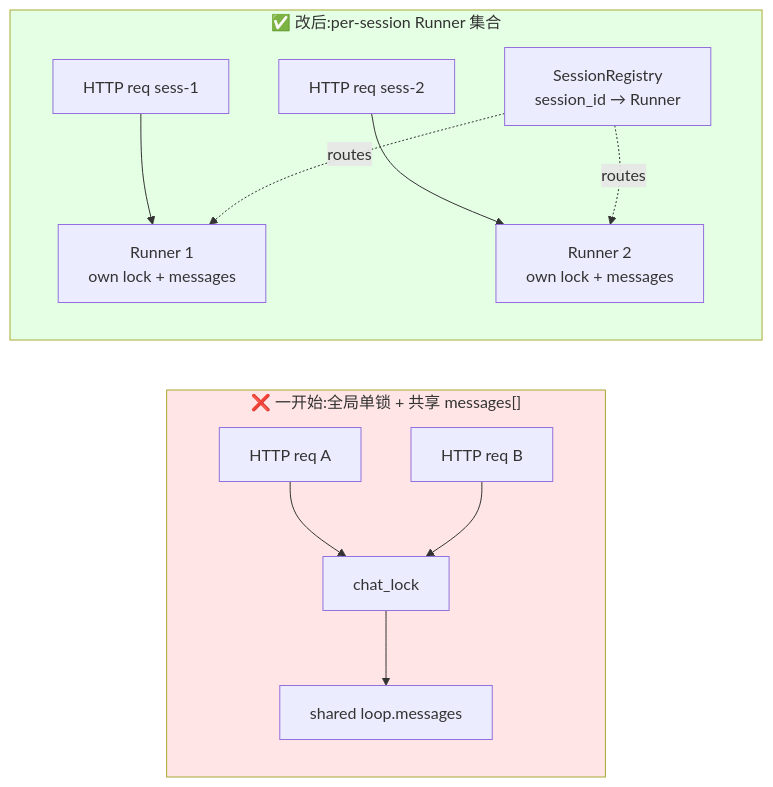
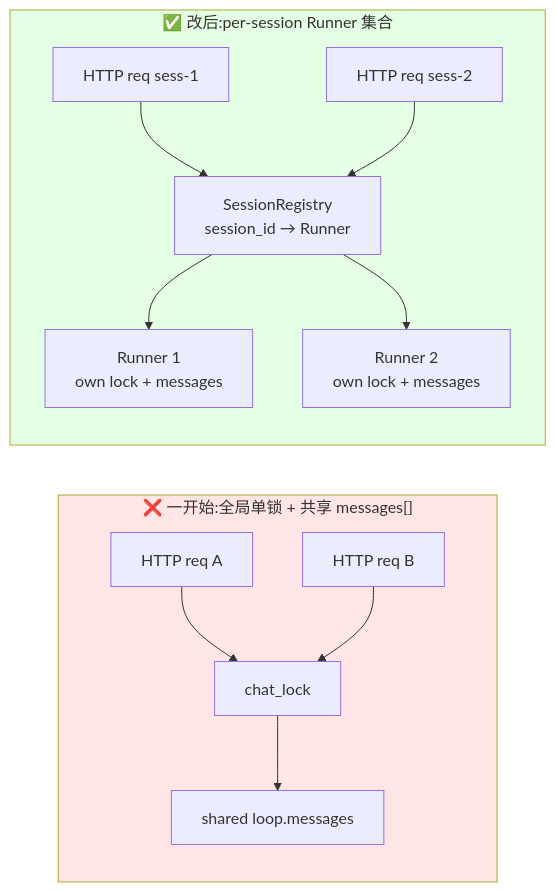
One commit to cuiliang-ai/cuiliang.ai changed the first of 3 diagrams in content/posts/acagent-cli-to-service-three-walls/index.md. Above: the diagram before and after it, drawn with Mermaid.

Commit message:
post: 修正墙1 mermaid 图箭头方向 (req -> Registry -> Runner)

````diff
--- a/content/posts/acagent-cli-to-service-three-walls/index.md
+++ b/content/posts/acagent-cli-to-service-three-walls/index.md
@@ -108,18 +108,18 @@
 ```mermaid
 flowchart LR
   subgraph Before["❌ 一开始:全局单锁 + 共享 messages[]"]
     direction TB
     A1[HTTP req A] --> L1[chat_lock]
     A2[HTTP req B] --> L1
     L1 --> S1[shared loop.messages]
   end
   subgraph After["✅ 改后:per-session Runner 集合"]
     direction TB
-    B1[HTTP req sess-1] --> R1[Runner 1<br/>own lock + messages]
-    B2[HTTP req sess-2] --> R2[Runner 2<br/>own lock + messages]
-    Reg[SessionRegistry<br/>session_id → Runner] -.routes.-> R1
-    Reg -.routes.-> R2
+    B1[HTTP req sess-1] --> Reg[SessionRegistry<br/>session_id → Runner]
+    B2[HTTP req sess-2] --> Reg
+    Reg --> R1[Runner 1<br/>own lock + messages]
+    Reg --> R2[Runner 2<br/>own lock + messages]
   end
   style Before fill:#ffe5e5
   style After fill:#e5ffe5
 ```
````
